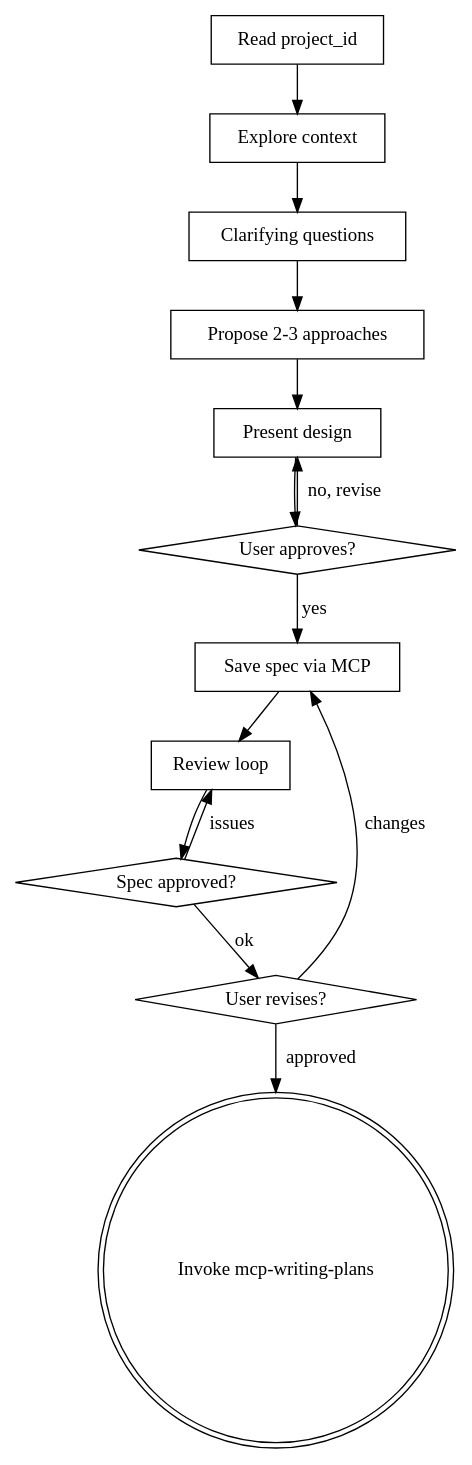
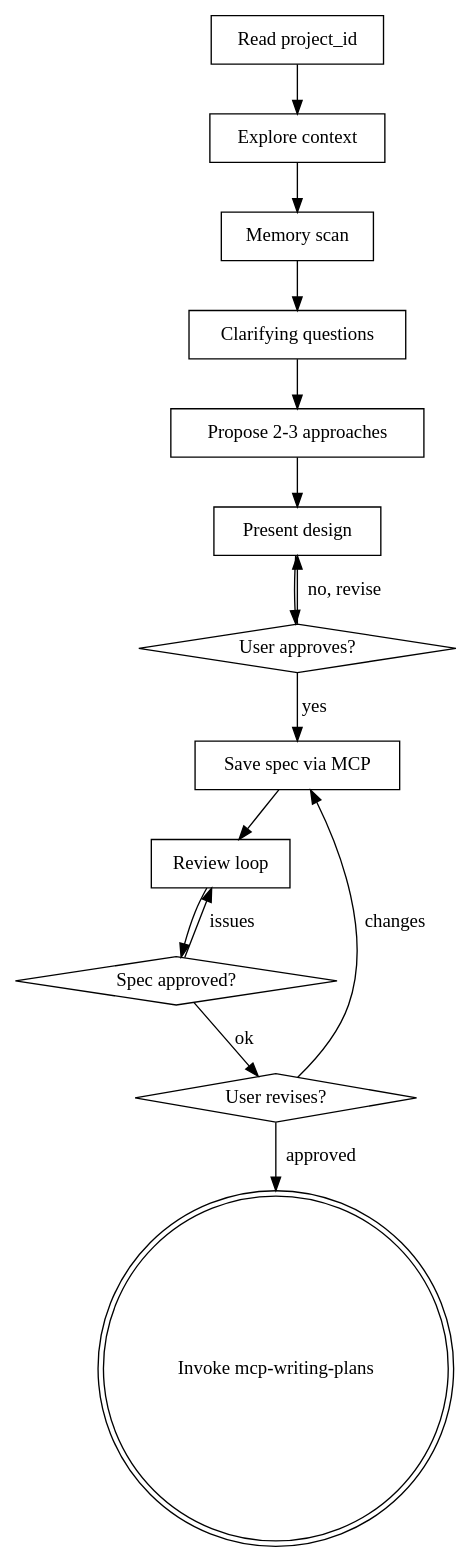
The diagram in .claude/skills/mcp-brainstorming/SKILL.md (necos98/Manager-AI), drawn with Graphviz before and after one commit. The commit also changed other lines of this file and 6 other files, not shown here.

````diff
--- a/.claude/skills/mcp-brainstorming/SKILL.md
+++ b/.claude/skills/mcp-brainstorming/SKILL.md
@@ -36,29 +37,31 @@
 ```dot
 digraph mcp_brainstorming {
     "Read project_id" [shape=box];
     "Explore context" [shape=box];
+    "Memory scan" [shape=box];
     "Clarifying questions" [shape=box];
     "Propose 2-3 approaches" [shape=box];
     "Present design" [shape=box];
     "User approves?" [shape=diamond];
     "Save spec via MCP" [shape=box];
     "Review loop" [shape=box];
     "Spec approved?" [shape=diamond];
     "User revises?" [shape=diamond];
     "Invoke mcp-writing-plans" [shape=doublecircle];
 
     "Read project_id" -> "Explore context";
-    "Explore context" -> "Clarifying questions";
+    "Explore context" -> "Memory scan";
+    "Memory scan" -> "Clarifying questions";
     "Clarifying questions" -> "Propose 2-3 approaches";
     "Propose 2-3 approaches" -> "Present design";
     "Present design" -> "User approves?";
     "User approves?" -> "Present design" [label="no, revise"];
     "User approves?" -> "Save spec via MCP" [label="yes"];
     "Save spec via MCP" -> "Review loop";
     "Review loop" -> "Spec approved?";
     "Spec approved?" -> "Review loop" [label="issues"];
     "Spec approved?" -> "User revises?" [label="ok"];
     "User revises?" -> "Save spec via MCP" [label="changes"];
     "User revises?" -> "Invoke mcp-writing-plans" [label="approved"];
 }
 ```
````
